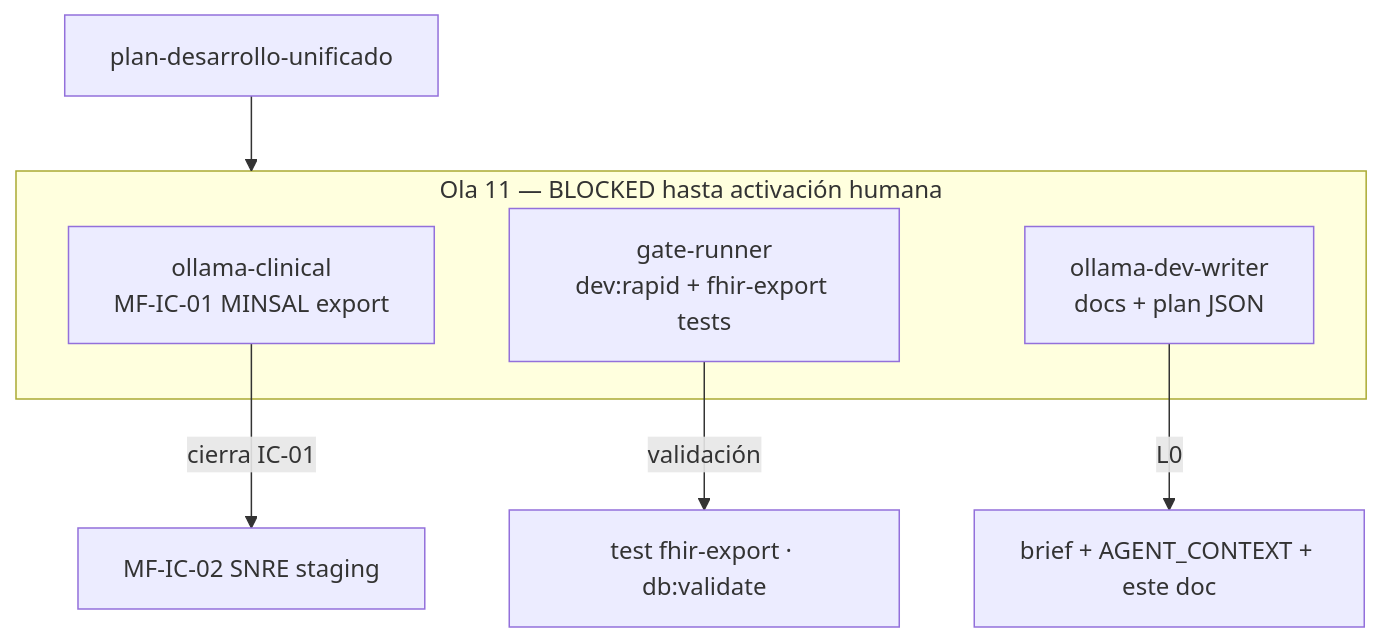
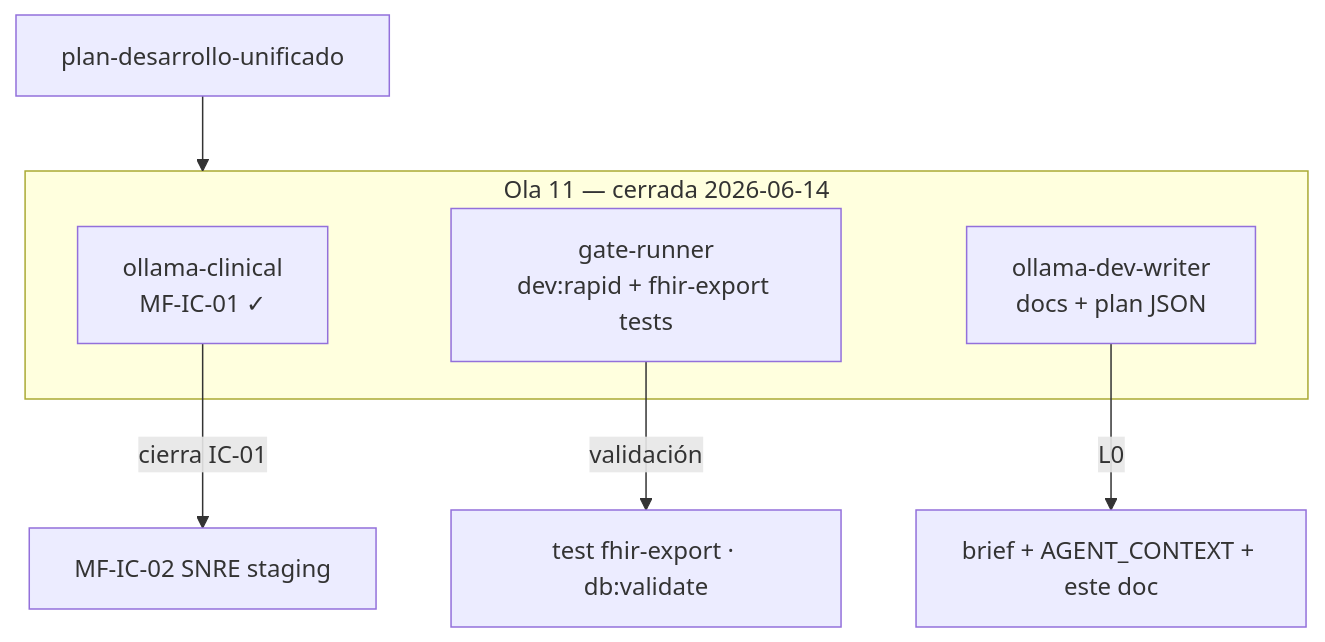
One commit to gabriel2320/epis2 changed diagram 11 of 11 in reports/epis2-orquestacion-paralela-2026-06-14.md. Above: the diagram before and after it, drawn with Mermaid. The commit also changed other lines of this file and 5 other files, not shown here.

````diff
--- a/reports/epis2-orquestacion-paralela-2026-06-14.md
+++ b/reports/epis2-orquestacion-paralela-2026-06-14.md
@@ -1253,12 +1254,12 @@
 ```mermaid
 flowchart TB
-  subgraph ola11 [Ola 11 — BLOCKED hasta activación humana]
-    C11[ollama-clinical<br/>MF-IC-01 MINSAL export]
+  subgraph ola11 [Ola 11 — cerrada 2026-06-14]
+    C11[ollama-clinical<br/>MF-IC-01 ✓]
     R11[gate-runner<br/>dev:rapid + fhir-export tests]
     W11[ollama-dev-writer<br/>docs + plan JSON]
   end
   PLAN11[plan-desarrollo-unificado] --> ola11
   C11 -->|cierra IC-01| IC02[MF-IC-02 SNRE staging]
   R11 -->|validación| GATES11[test fhir-export · db:validate]
   W11 -->|L0| DOCS11[brief + AGENT_CONTEXT + este doc]
 ```
````
